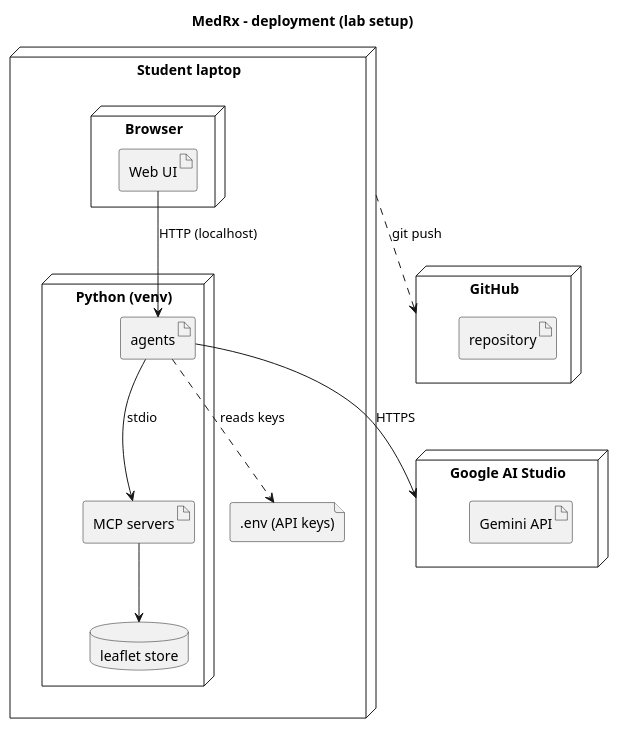
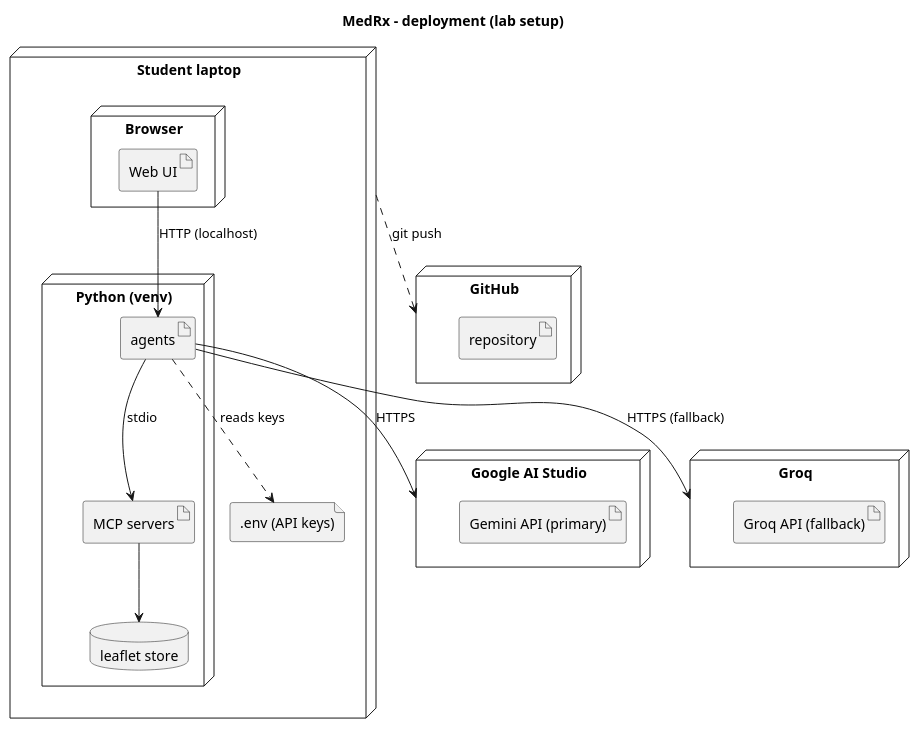
The diagram in docs/uml/deployment.puml (vladvoiasciuc2-crypto/medrx-lab3), drawn with PlantUML before and after one commit. The commit also changed 5 other files, not shown here.

First line of the commit message:
UML: fix extend arrows, add Groq, approval gate, guardrail layer and failure path

```diff
--- a/docs/uml/deployment.puml
+++ b/docs/uml/deployment.puml
@@ -1,27 +1,31 @@
 @startuml
 title MedRx - deployment (lab setup)
 node "Student laptop" as LAP {
   node "Browser" {
     artifact "Web UI" as WUI
   }
   node "Python (venv)" as PY {
     artifact "agents" as AGT
     artifact "MCP servers" as MCP
     database "leaflet store" as IDX
   }
   file ".env (API keys)" as ENV
 }
 node "Google AI Studio" as G {
-  artifact "Gemini API"
+  artifact "Gemini API (primary)"
+}
+node "Groq" as GQ {
+  artifact "Groq API (fallback)"
 }
 node "GitHub" as GH {
   artifact "repository"
 }
 WUI --> AGT : HTTP (localhost)
 AGT --> MCP : stdio
 MCP --> IDX
 AGT --> G : HTTPS
+AGT --> GQ : HTTPS (fallback)
 AGT ..> ENV : reads keys
 LAP ..> GH : git push
 
 @enduml
```
